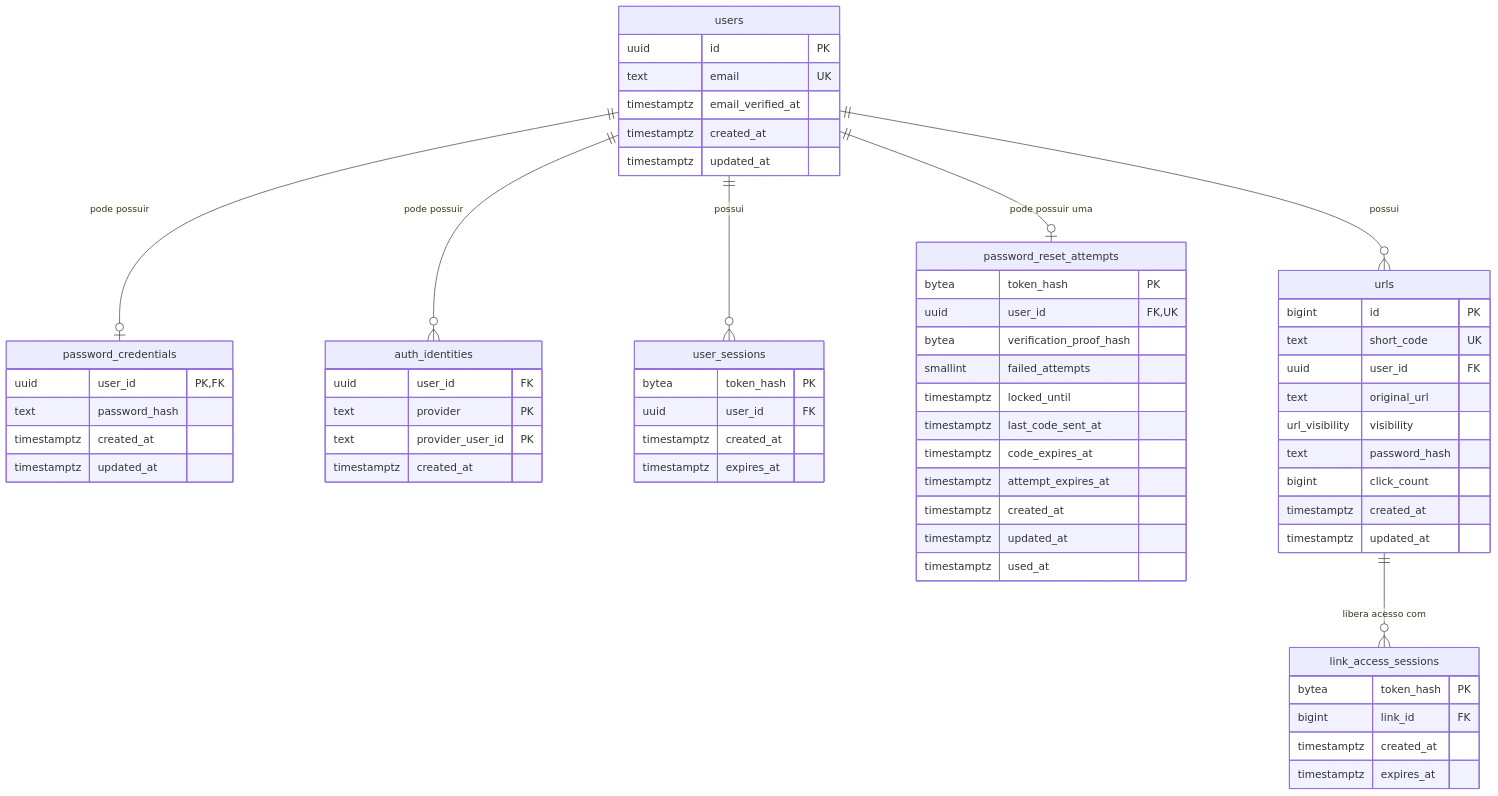
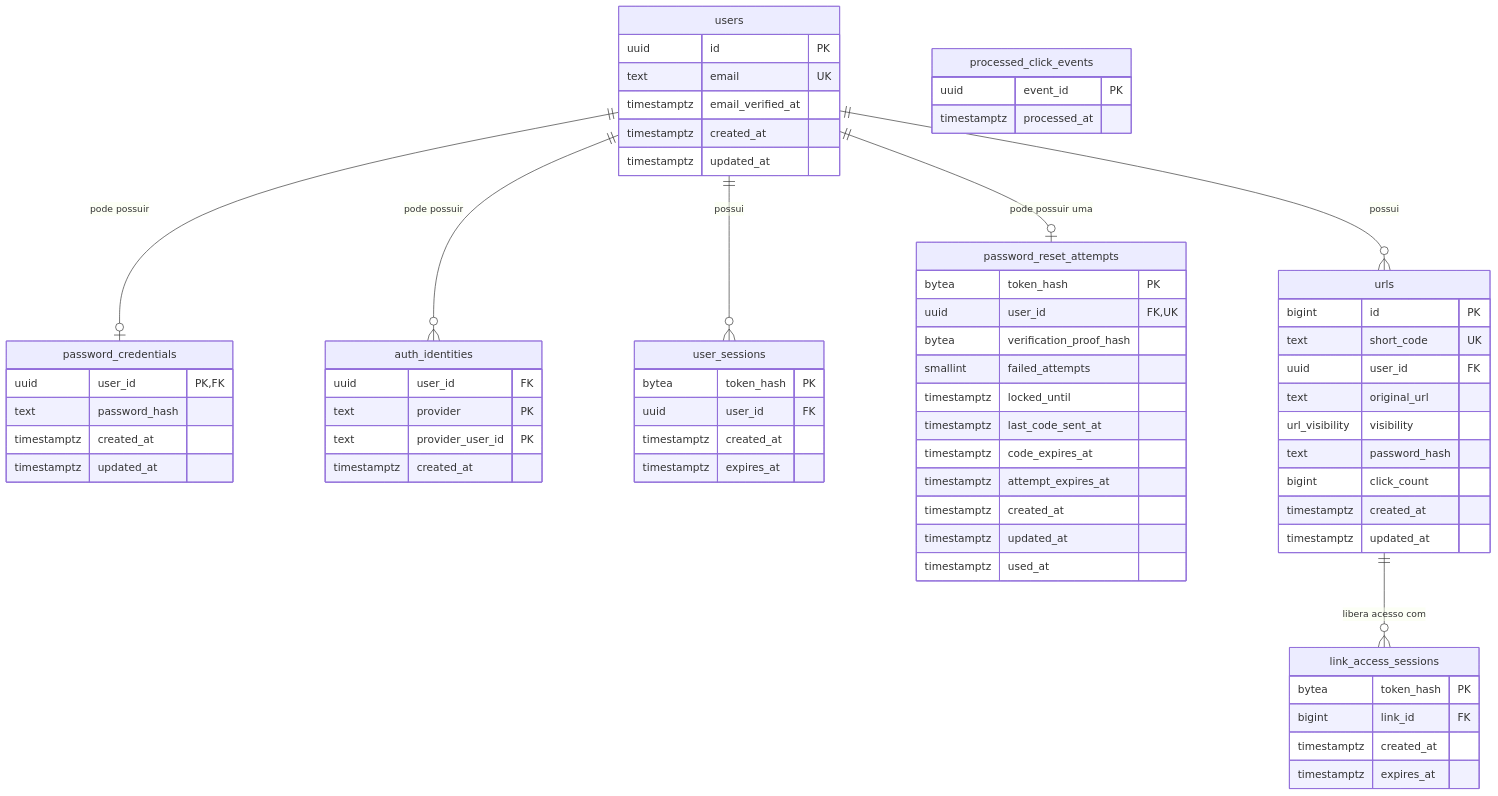
One commit to fredsaggio/shortbit changed the first of 4 diagrams in docs/data-model.md. Above: the diagram before and after it, drawn with Mermaid. The commit also changed other lines of this file and 6 other files, not shown here.

Commit message:
docs: document click worker, processed_click_events and retry policy

````diff
--- a/docs/data-model.md
+++ b/docs/data-model.md
@@ -10,71 +10,76 @@
 ```mermaid
 erDiagram
     users ||--o| password_credentials : "pode possuir"
     users ||--o{ auth_identities : "pode possuir"
     users ||--o{ user_sessions : "possui"
     users ||--o| password_reset_attempts : "pode possuir uma"
     users ||--o{ urls : "possui"
     urls ||--o{ link_access_sessions : "libera acesso com"
 
     users {
         uuid id PK
         text email UK
         timestamptz email_verified_at
         timestamptz created_at
         timestamptz updated_at
     }
 
     password_credentials {
         uuid user_id PK,FK
         text password_hash
         timestamptz created_at
         timestamptz updated_at
     }
 
     auth_identities {
         uuid user_id FK
         text provider PK
         text provider_user_id PK
         timestamptz created_at
     }
 
     user_sessions {
         bytea token_hash PK
         uuid user_id FK
         timestamptz created_at
         timestamptz expires_at
     }
 
     password_reset_attempts {
         bytea token_hash PK
         uuid user_id FK,UK
         bytea verification_proof_hash
         smallint failed_attempts
         timestamptz locked_until
         timestamptz last_code_sent_at
         timestamptz code_expires_at
         timestamptz attempt_expires_at
         timestamptz created_at
         timestamptz updated_at
         timestamptz used_at
     }
 
     urls {
         bigint id PK
         text short_code UK
         uuid user_id FK
         text original_url
         url_visibility visibility
         text password_hash
         bigint click_count
         timestamptz created_at
         timestamptz updated_at
     }
 
     link_access_sessions {
         bytea token_hash PK
         bigint link_id FK
         timestamptz created_at
         timestamptz expires_at
     }
+
+    processed_click_events {
+        uuid event_id PK
+        timestamptz processed_at
+    }
 ```
````
